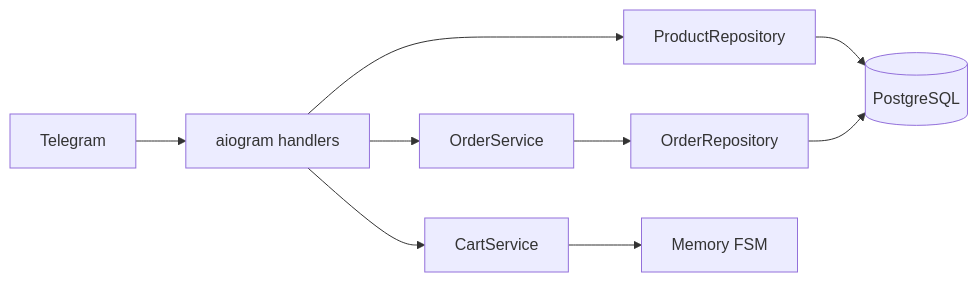
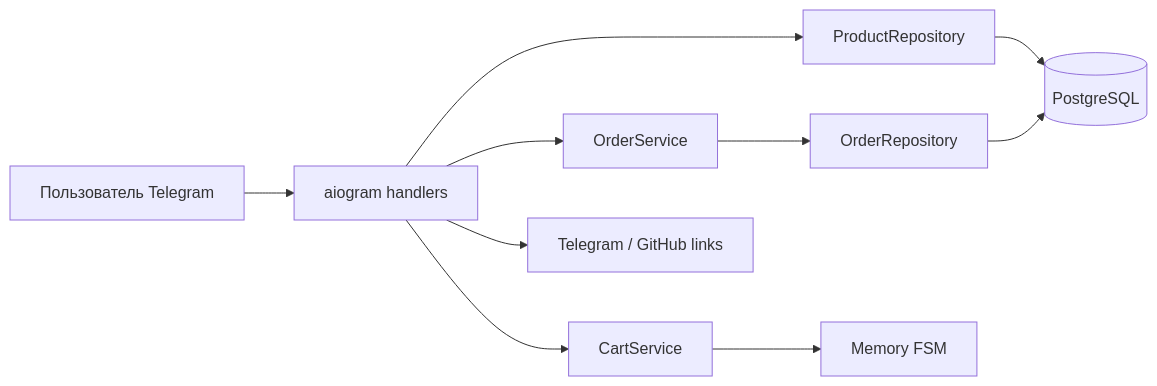
The first of 2 diagrams in README.md (KezzGR/pizzaforge-telegram-bot), drawn with Mermaid before and after one commit. The commit also changed other lines of this file and 2 other files, not shown here.

````diff
--- a/README.md
+++ b/README.md
@@ -30,11 +84,12 @@
 ```mermaid
 flowchart LR
-    TG[Telegram] --> H[aiogram handlers]
+    U[Пользователь Telegram] --> H[aiogram handlers]
     H --> CS[CartService]
+    H --> PS[ProductRepository]
     H --> OS[OrderService]
-    H --> PR[ProductRepository]
     OS --> OR[OrderRepository]
-    PR --> DB[(PostgreSQL)]
+    PS --> DB[(PostgreSQL)]
     OR --> DB
     CS --> FSM[Memory FSM]
+    H --> EXT[Telegram / GitHub links]
 ```
````
